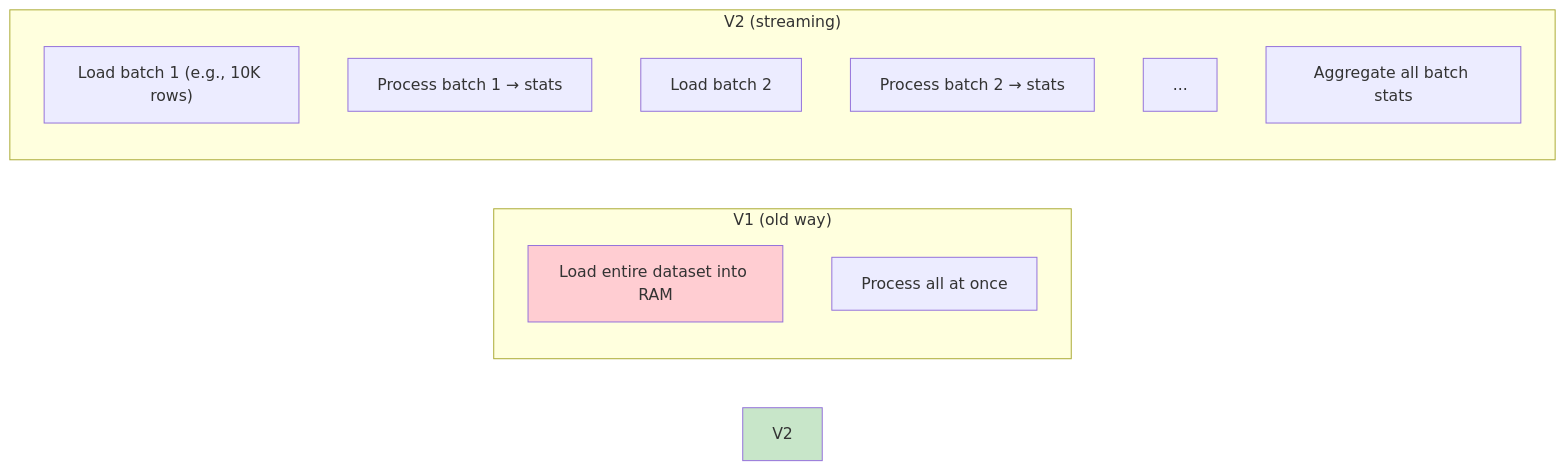
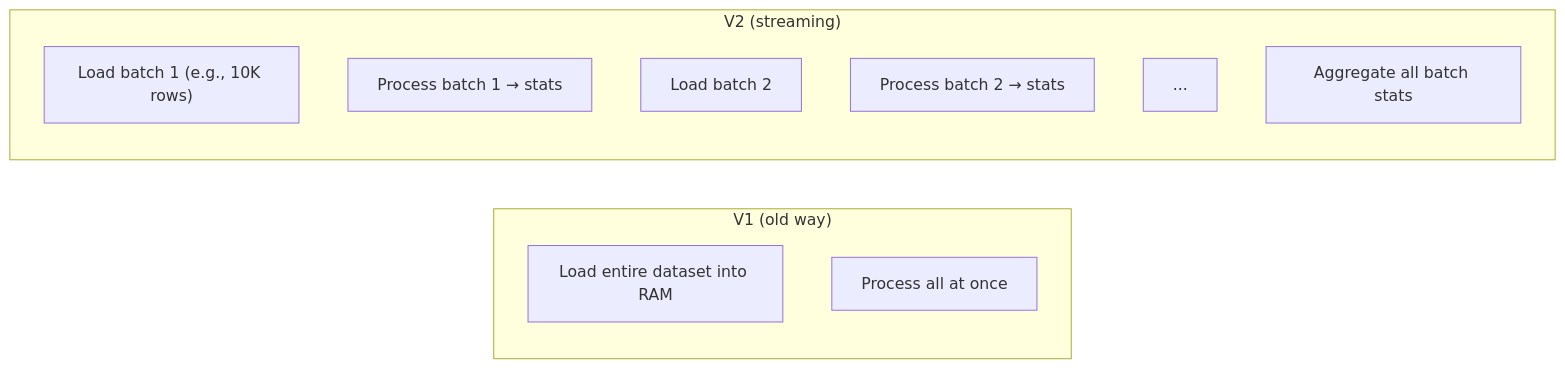
The second of 2 diagrams in docs/dqm-ml-v2.md (Safenai/dqm-ml-workspace), drawn with Mermaid before and after one commit. The commit also changed other lines of this file and 275 other files, not shown here.

````diff
--- a/docs/dqm-ml-v2.md
+++ b/docs/dqm-ml-v2.md
@@ -54,21 +57,18 @@
 ```mermaid
 flowchart LR
     subgraph "V1 (old way)"
         direction TB
         V1["Load entire dataset into RAM"]
         V1c["Process all at once"]
     end
     
     subgraph "V2 (streaming)"
         direction TB
         V2a["Load batch 1 (e.g., 10K rows)"]
         V2p1["Process batch 1 &rarr; stats"]
         V2b["Load batch 2"]
         V2p2["Process batch 2 &rarr; stats"]
         V2c["..."]
         V2agg["Aggregate all batch stats"]
     end
-    
-    style V1 fill:#ffcdd2
-    style V2 fill:#c8e6c9
 ```
````
